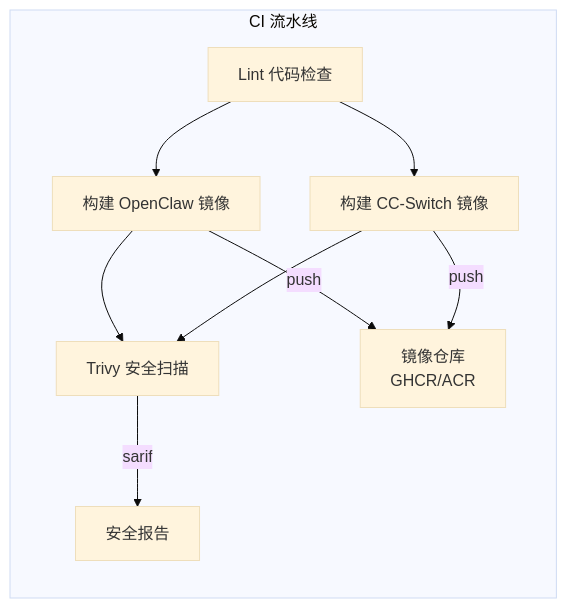
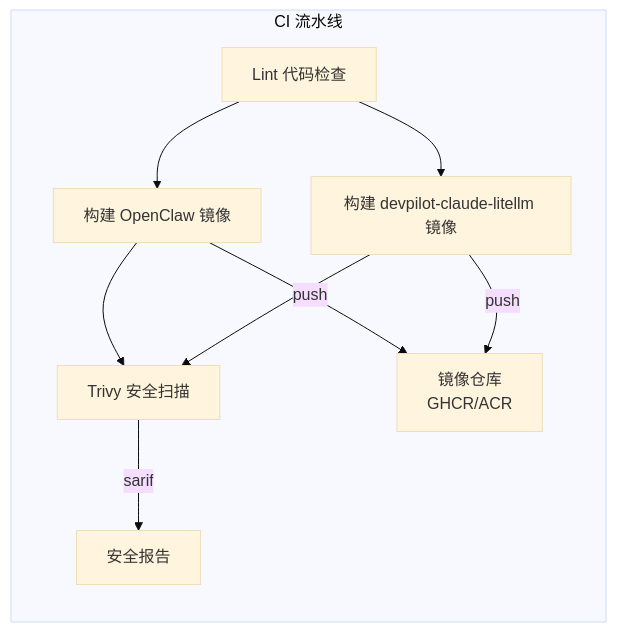
Before and after one commit to smart-open/DevPilot: diagram 11 of 14 in 产品架构技术设计说明书.md, drawn with Mermaid (base theme). The commit also changed other lines of this file and 22 other files, not shown here.

````diff
--- a/产品架构技术设计说明书.md
+++ b/产品架构技术设计说明书.md
@@ -949,12 +949,12 @@
 ```mermaid
 graph LR
     subgraph CI 流水线
         L[Lint 代码检查] --> BO[构建 OpenClaw 镜像]
-        L --> BC[构建 CC-Switch 镜像]
+        L --> BC[构建 devpilot-claude-litellm 镜像]
         BO --> SS[Trivy 安全扫描]
         BC --> SS
         BO -->|push| REG[镜像仓库<br/>GHCR/ACR]
         BC -->|push| REG
         SS -->|sarif| SEC[安全报告]
     end
 ```
````
